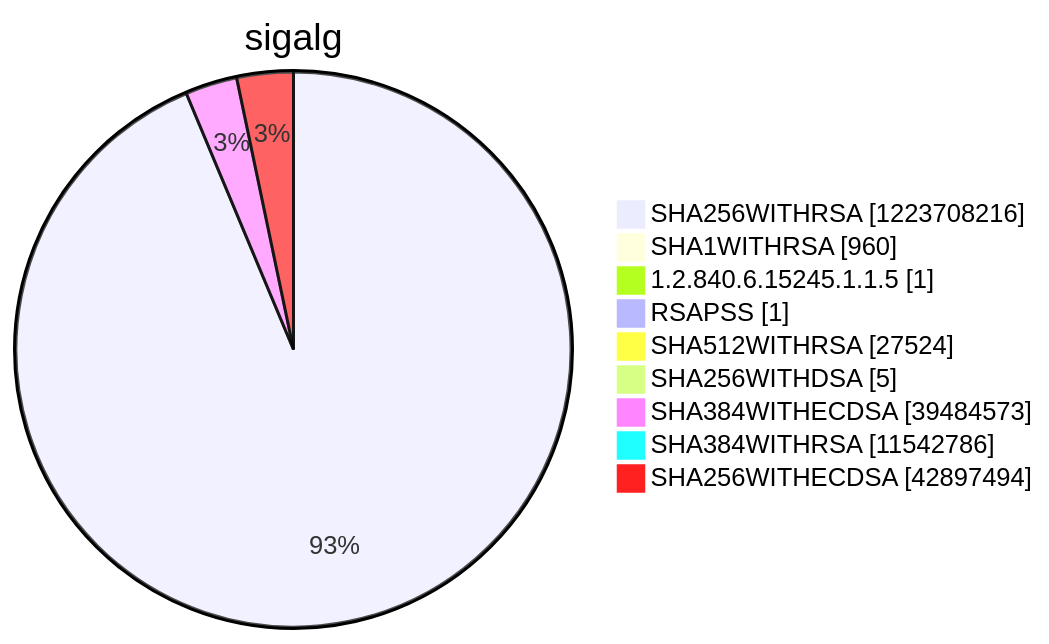
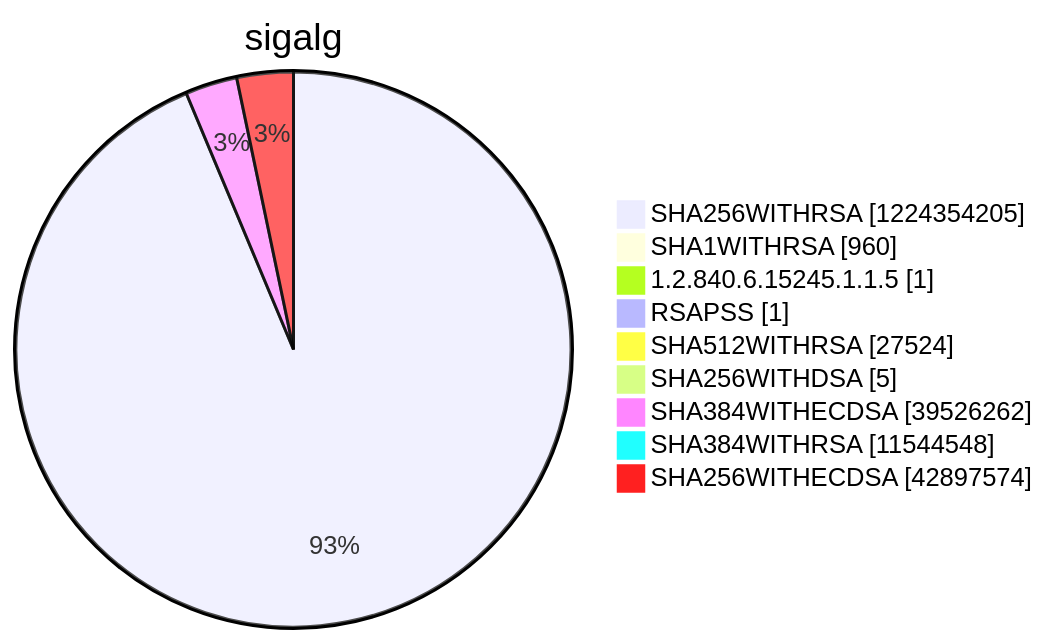
Diagram 15 of 15 in argon2022/README.md (christiankrug/ctmonitor_visualization), drawn with Mermaid before and after one commit. The commit also changed other lines of this file, not shown here.

````diff
--- a/argon2022/README.md
+++ b/argon2022/README.md
@@ -5521,13 +5521,13 @@
 ```mermaid
 pie showData
 title sigalg
-"SHA256WITHRSA" :1223708216
+"SHA256WITHRSA" :1224354205
 "SHA1WITHRSA" :960
 "1.2.840.6.15245.1.1.5" :1
 "RSAPSS" :1
 "SHA512WITHRSA" :27524
 "SHA256WITHDSA" :5
-"SHA384WITHECDSA" :39484573
-"SHA384WITHRSA" :11542786
-"SHA256WITHECDSA" :42897494
+"SHA384WITHECDSA" :39526262
+"SHA384WITHRSA" :11544548
+"SHA256WITHECDSA" :42897574
 ```
````
